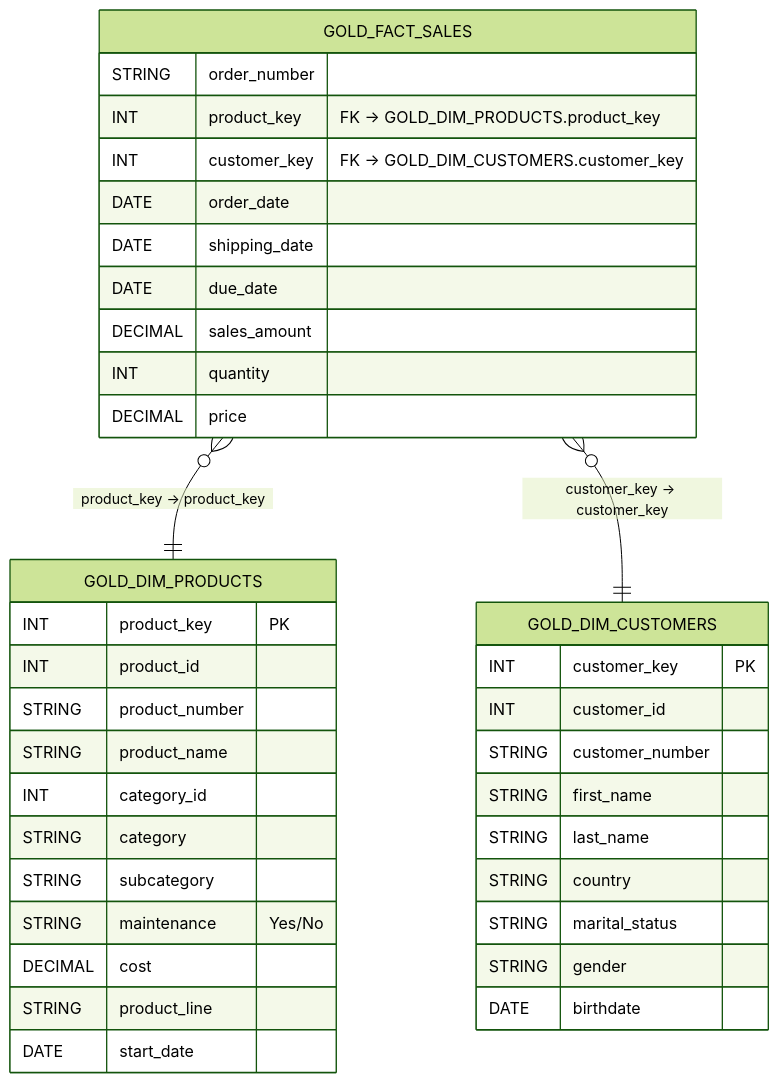
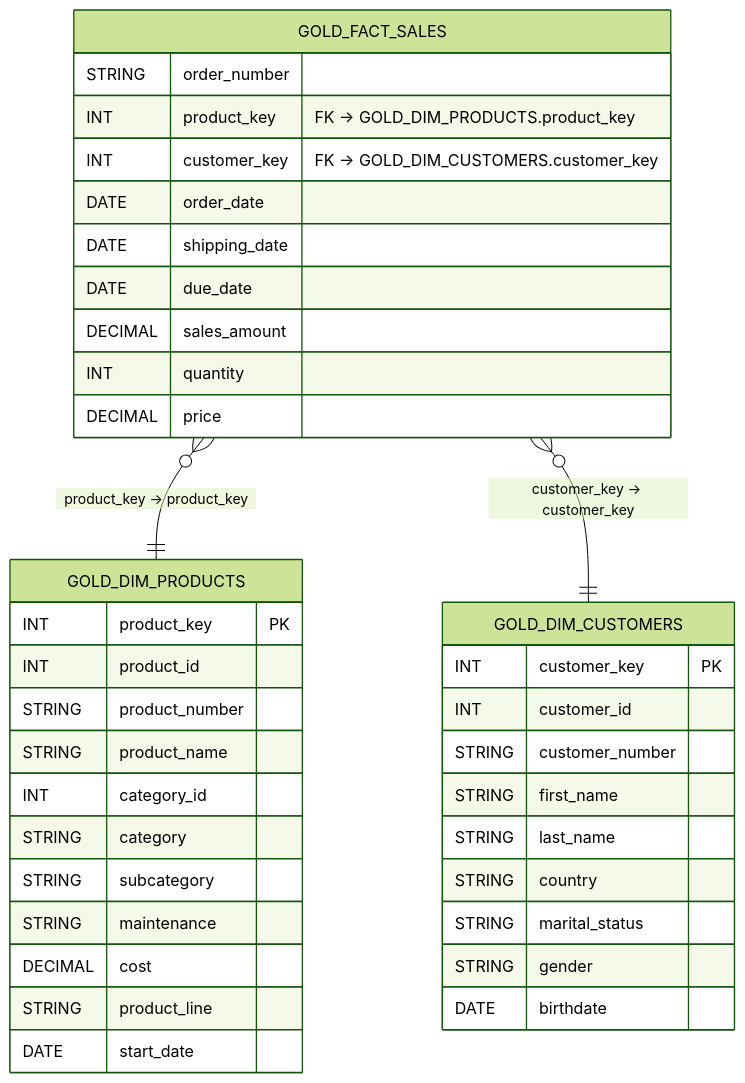
The diagram in docs/Data_model.md (SinergistaR/Data_warehouse_project), drawn with Mermaid (forest theme) before and after one commit.

````diff
--- a/docs/Data_model.md
+++ b/docs/Data_model.md
@@ -3,47 +3,47 @@
 ```mermaid
 
 erDiagram
   GOLD_DIM_CUSTOMERS {
     INT    customer_key  "PK"
     INT    customer_id
     STRING customer_number
     STRING first_name
     STRING last_name
     STRING country
     STRING marital_status
     STRING gender
     DATE   birthdate
   }
 
   GOLD_DIM_PRODUCTS {
     INT    product_key   "PK"
     INT    product_id
     STRING product_number
     STRING product_name
     INT    category_id
     STRING category
     STRING subcategory
-    STRING maintenance    "Yes/No"
+    STRING maintenance
     DECIMAL cost
     STRING product_line
     DATE   start_date
   }
 
   GOLD_FACT_SALES {
     STRING order_number
     INT    product_key    "FK → GOLD_DIM_PRODUCTS.product_key"
     INT    customer_key   "FK → GOLD_DIM_CUSTOMERS.customer_key"
     DATE   order_date
     DATE   shipping_date
     DATE   due_date
     DECIMAL sales_amount
     INT    quantity
     DECIMAL price
   }
 
   %% Relazioni (molti-a-uno dal FACT alle DIM)
   GOLD_FACT_SALES }o--|| GOLD_DIM_PRODUCTS : "product_key → product_key"
   GOLD_FACT_SALES }o--|| GOLD_DIM_CUSTOMERS : "customer_key → customer_key"
 
 
 ```
````
